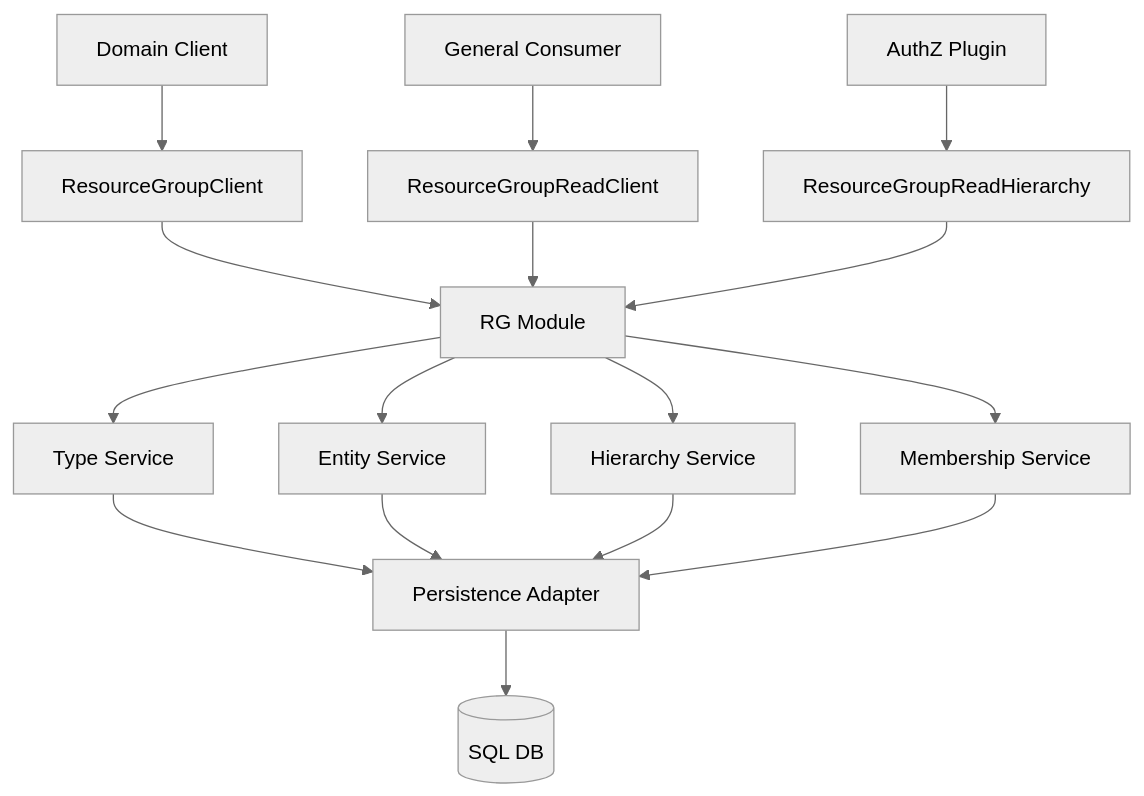
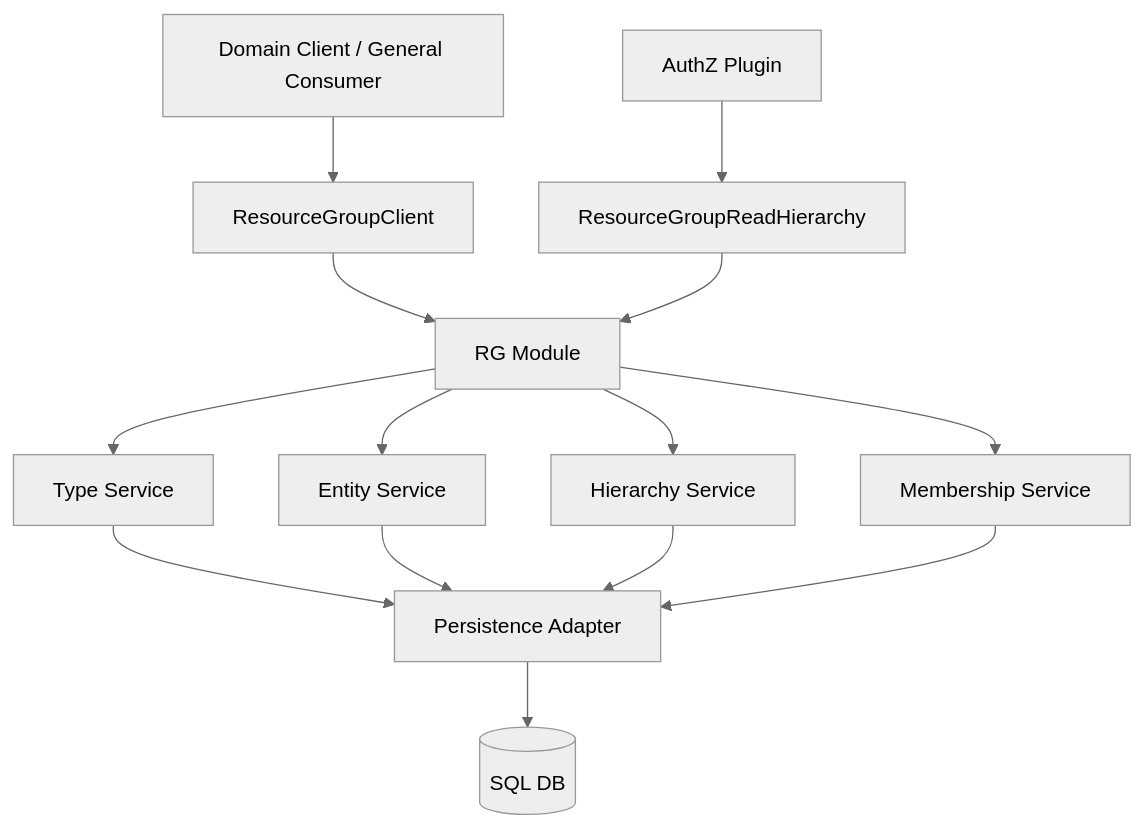
Before and after one commit to ffedoroff/cyberfabric-core: the first of 8 diagrams in modules/system/resource-group/docs/DESIGN.md, drawn with Mermaid (neutral theme). The commit also changed other lines of this file and 1 other file, not shown here.

````diff
--- a/modules/system/resource-group/docs/DESIGN.md
+++ b/modules/system/resource-group/docs/DESIGN.md
@@ -191,18 +191,16 @@
 ```mermaid
 graph TD
-    A[Domain Client] --> B[ResourceGroupClient]
-    Y[General Consumer] --> C[ResourceGroupReadClient]
+    A[Domain Client / General Consumer] --> B[ResourceGroupClient]
     X[AuthZ Plugin] --> Z[ResourceGroupReadHierarchy]
     B --> D[RG Module]
-    C --> D
     Z --> D
     D --> E[Type Service]
     D --> F[Entity Service]
     D --> G[Hierarchy Service]
     D --> H[Membership Service]
     E --> I[Persistence Adapter]
     F --> I
     G --> I
     H --> I
     I --> J[(SQL DB)]
 ```
````
